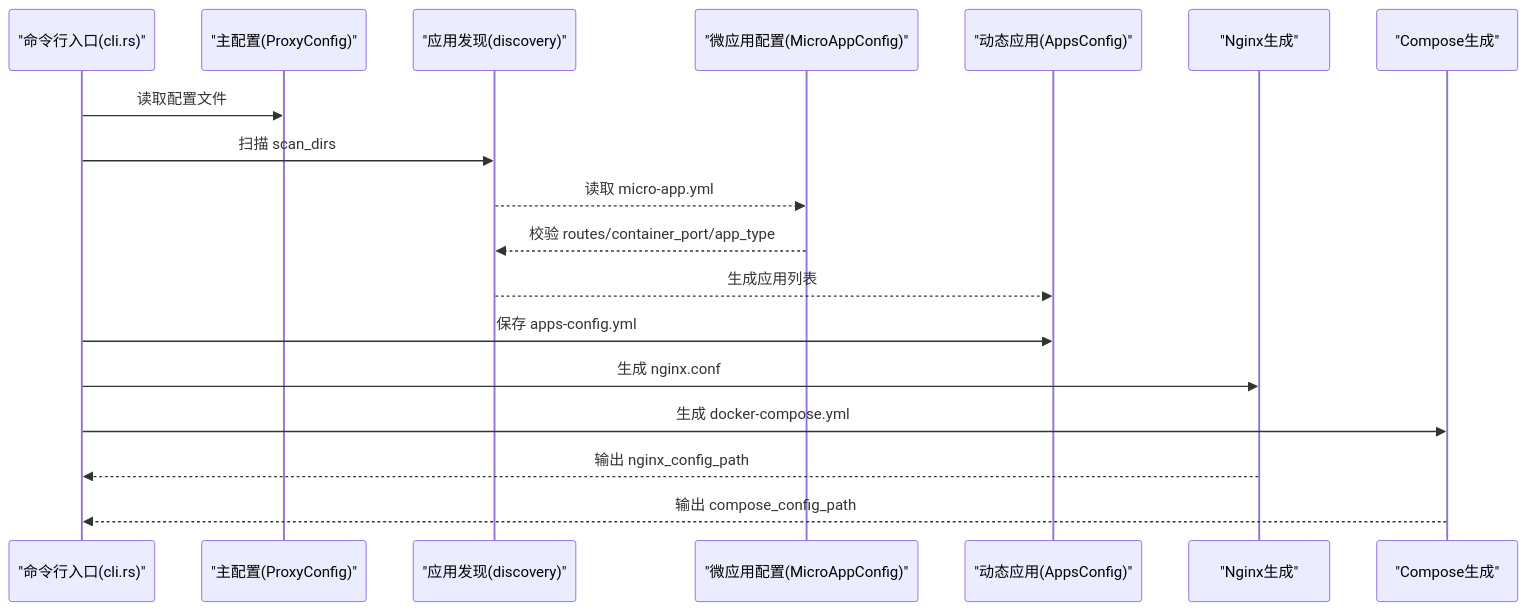
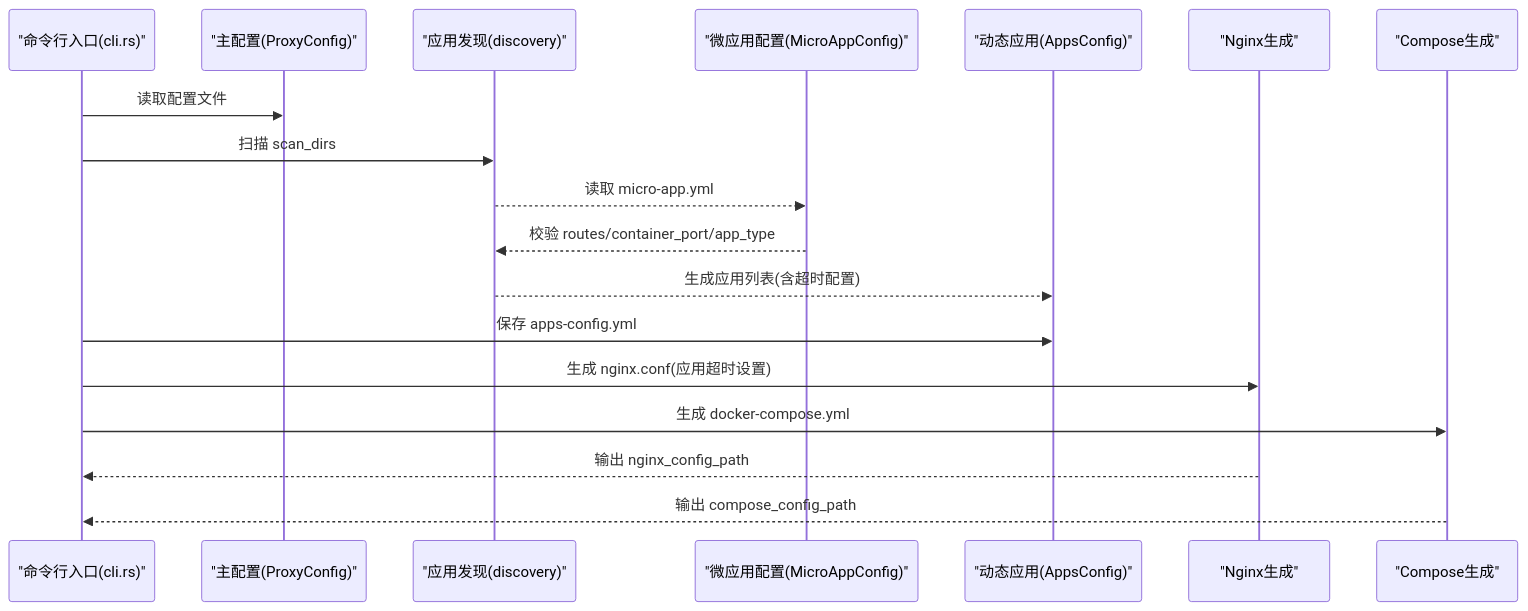
The second of 3 diagrams in .qoder/repowiki/zh/content/配置指南/主配置文件.md (cao5zy/proxy-config), drawn with Mermaid before and after one commit. The commit also changed other lines of this file and 5 other files, not shown here.

````diff
--- a/.qoder/repowiki/zh/content/配置指南/主配置文件.md
+++ b/.qoder/repowiki/zh/content/配置指南/主配置文件.md
@@ -71,20 +88,20 @@
 ```mermaid
 sequenceDiagram
 participant CLI as "命令行入口(cli.rs)"
 participant PC as "主配置(ProxyConfig)"
 participant DISC as "应用发现(discovery)"
 participant MAC as "微应用配置(MicroAppConfig)"
 participant APPS as "动态应用(AppsConfig)"
 participant NGINX as "Nginx生成"
 participant COMPOSE as "Compose生成"
 CLI->>PC : 读取配置文件
 CLI->>DISC : 扫描 scan_dirs
 DISC-->>MAC : 读取 micro-app.yml
 MAC-->>DISC : 校验 routes/container_port/app_type
-DISC-->>APPS : 生成应用列表
+DISC-->>APPS : 生成应用列表(含超时配置)
 CLI->>APPS : 保存 apps-config.yml
-CLI->>NGINX : 生成 nginx.conf
+CLI->>NGINX : 生成 nginx.conf(应用超时设置)
 CLI->>COMPOSE : 生成 docker-compose.yml
 NGINX-->>CLI : 输出 nginx_config_path
 COMPOSE-->>CLI : 输出 compose_config_path
 ```
````
